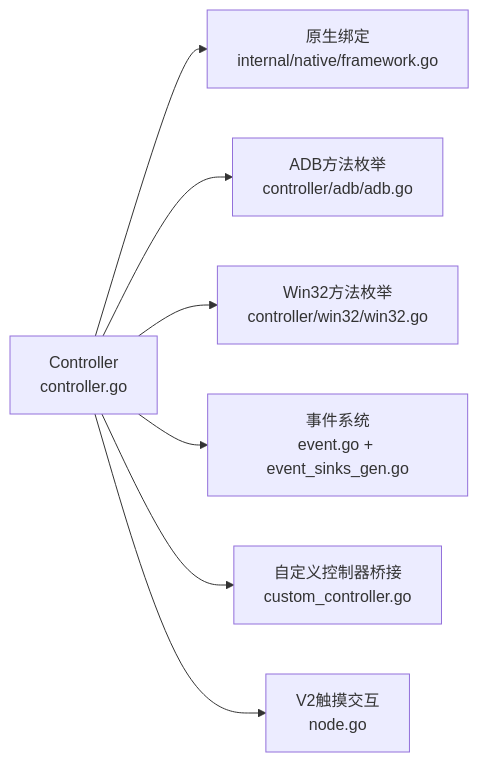
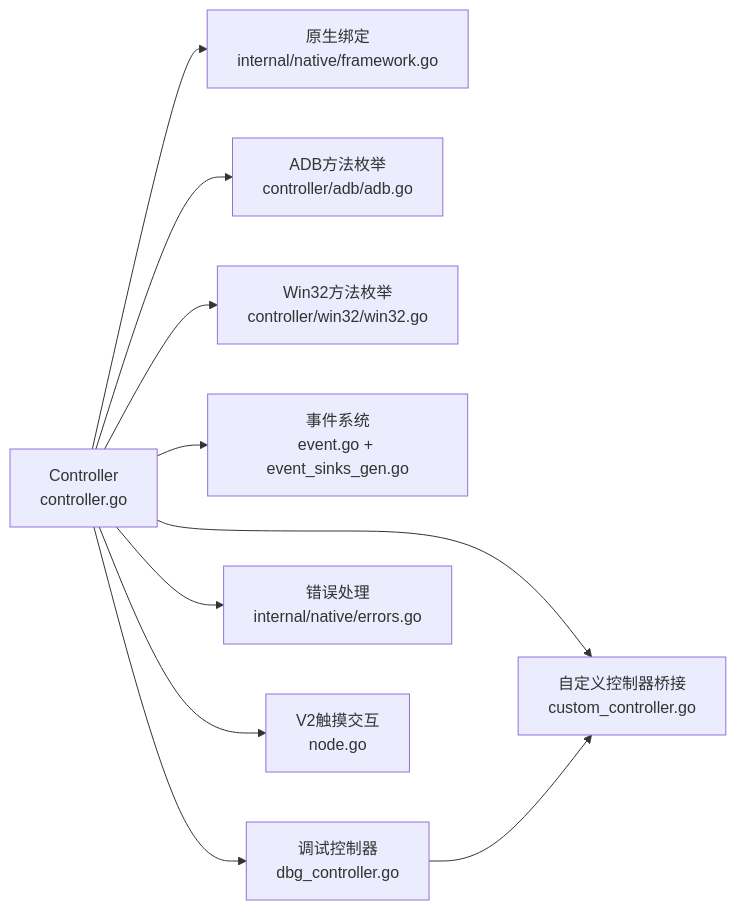
Before and after one commit to kqcoxn/MaaPipelineEditor: the third of 3 diagrams in instructions/maafw-golang-binding/API参考/控制器.md, drawn with Mermaid. The commit also changed other lines of this file and 10 other files, not shown here.

````diff
--- a/instructions/maafw-golang-binding/API参考/控制器.md
+++ b/instructions/maafw-golang-binding/API参考/控制器.md
@@ -296,9 +387,12 @@
 ```mermaid
 graph LR
 Ctrl["Controller<br/>controller.go"] --> Native["原生绑定<br/>internal/native/framework.go"]
 Ctrl --> ADB["ADB方法枚举<br/>controller/adb/adb.go"]
 Ctrl --> Win32["Win32方法枚举<br/>controller/win32/win32.go"]
 Ctrl --> Event["事件系统<br/>event.go + event_sinks_gen.go"]
 Ctrl --> Custom["自定义控制器桥接<br/>custom_controller.go"]
+Ctrl --> Debug["调试控制器<br/>dbg_controller.go"]
+Ctrl --> Errors["错误处理<br/>internal/native/errors.go"]
 Ctrl --> V2["V2触摸交互<br/>node.go"]
+Debug --> Custom
 ```
````
